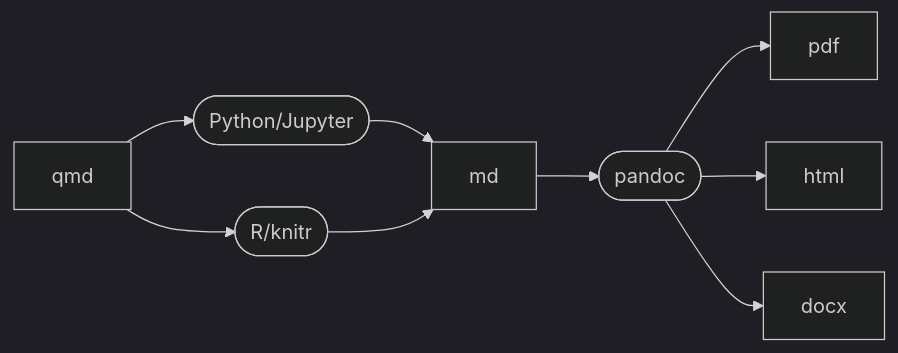
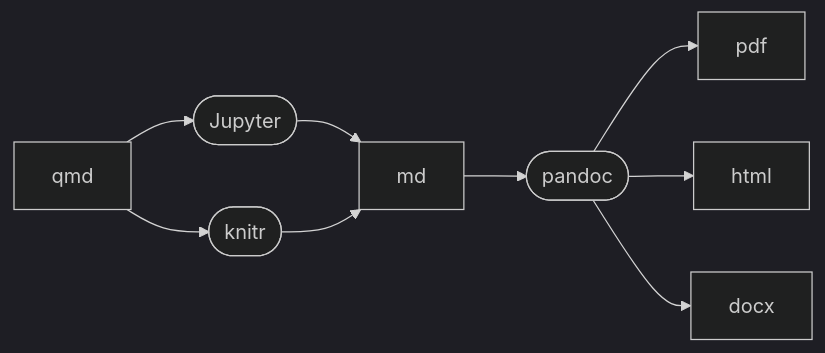
One commit to mcanouil/gentle-intro-to-quarto changed the second of 2 diagrams in gentle-intro-to-quarto.qmd. Above: the diagram before and after it, drawn with Mermaid. The commit also changed other lines of this file and 1 other file, not shown here.

````diff
--- a/gentle-intro-to-quarto.qmd
+++ b/gentle-intro-to-quarto.qmd
@@ -570,12 +570,12 @@
 ```{mermaid}
 %%{init: { 'theme': 'dark' } }%%
 flowchart LR
-  qmd --> J([Python/Jupyter])
-  qmd --> K([R/knitr])
+  qmd --> J([Jupyter])
+  qmd --> K([knitr])
   J --> md
   K --> md
   md --> P([pandoc])
   P --> pdf
   P --> html
   P --> docx
 ```
````
